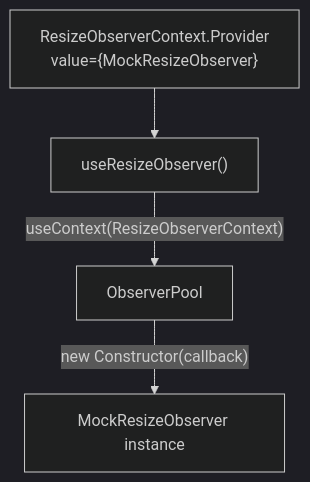
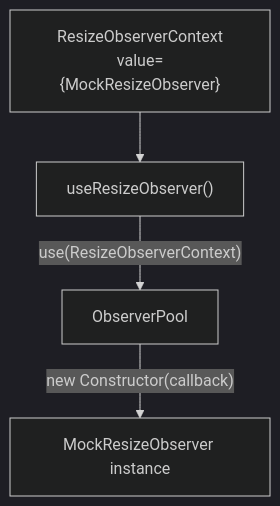
The diagram in docs/guide/advanced.md (ABCrimson/use-resize-observer), drawn with Mermaid (dark theme) before and after one commit. The commit also changed other lines of this file and 14 other files, not shown here.

````diff
--- a/docs/guide/advanced.md
+++ b/docs/guide/advanced.md
@@ -152,11 +152,11 @@
 ```mermaid
 flowchart TD
-    CTX["ResizeObserverContext.Provider\nvalue={MockResizeObserver}"]
+    CTX["ResizeObserverContext\nvalue={MockResizeObserver}"]
     HOOK["useResizeObserver()"]
     POOL["ObserverPool"]
     MOCK["MockResizeObserver instance"]
 
     CTX --> HOOK
-    HOOK --> |"useContext(ResizeObserverContext)"| POOL
+    HOOK --> |"use(ResizeObserverContext)"| POOL
     POOL --> |"new Constructor(callback)"| MOCK
 ```
````
